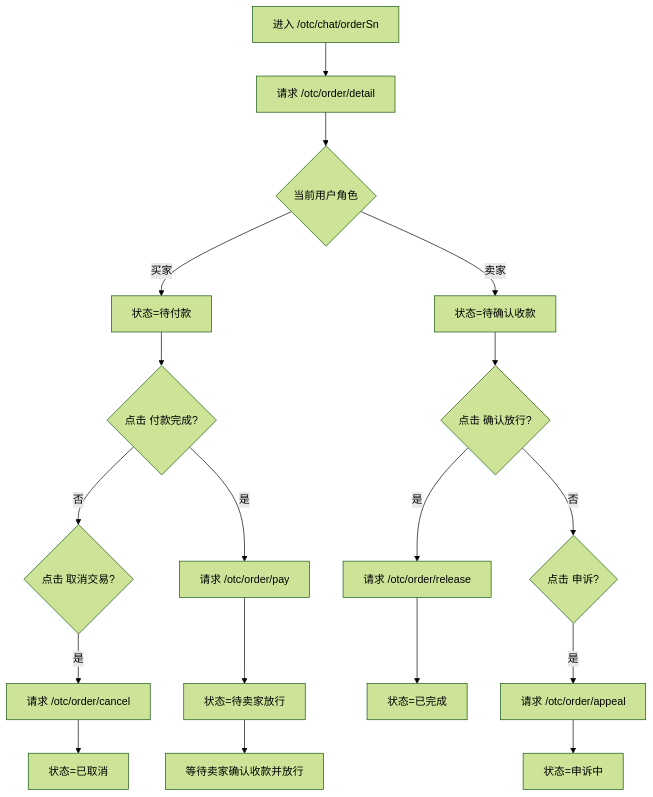
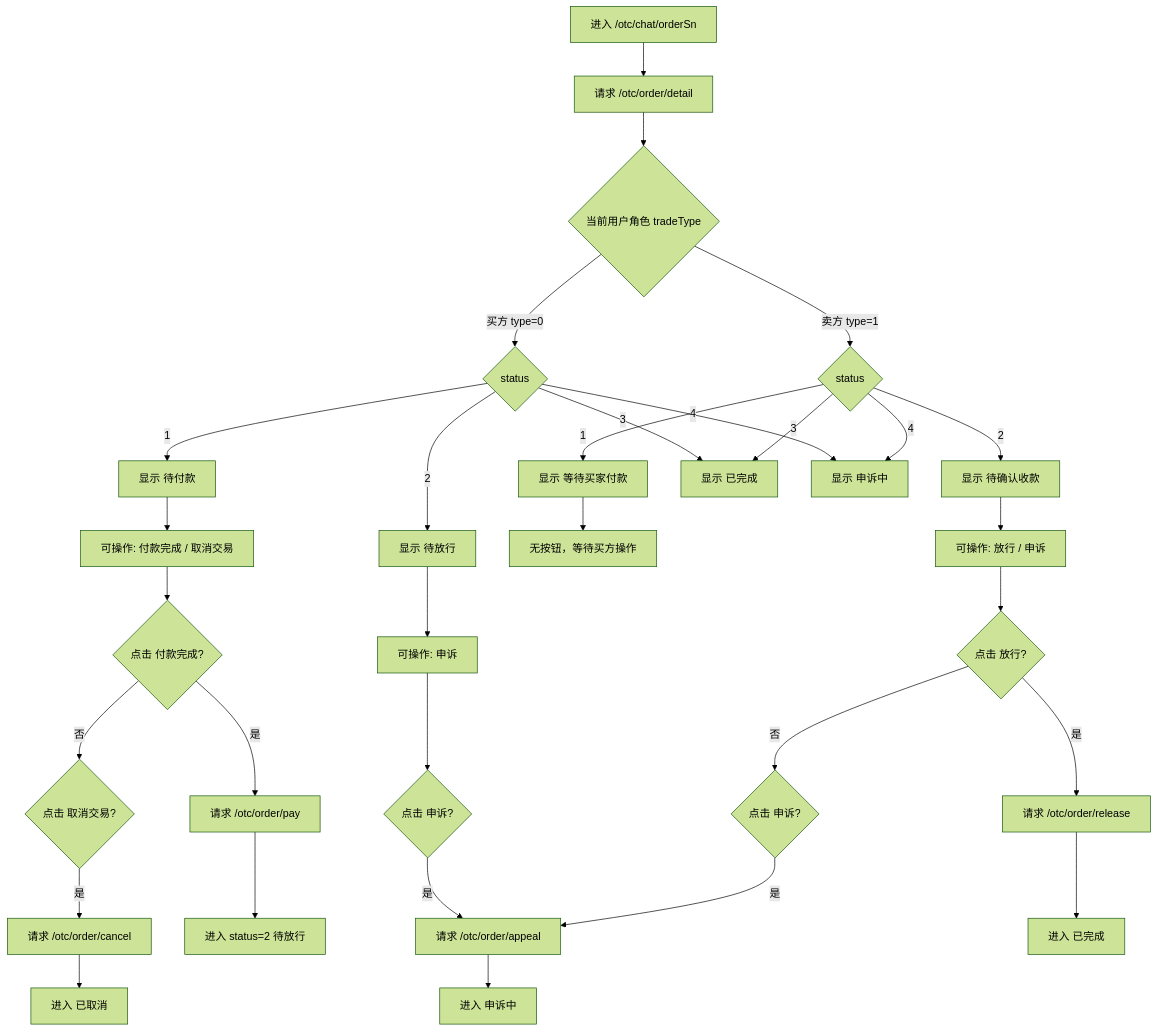
Before and after one commit to ethan2737/mscoin: the fourth of 5 diagrams in OTC业务流程梳理.md, drawn with Mermaid (forest theme). The commit also changed other lines of this file, not shown here.

````diff
--- a/OTC业务流程梳理.md
+++ b/OTC业务流程梳理.md
@@ -161,20 +196,37 @@
 ```mermaid
 flowchart TD
     A[进入 /otc/chat/orderSn] --> B[请求 /otc/order/detail]
-    B --> C{当前用户角色}
-    C -- 买家 --> D[状态=待付款]
-    D --> E{点击 付款完成?}
-    E -- 否 --> F{点击 取消交易?}
-    E -- 是 --> G[请求 /otc/order/pay]
-    G --> H[状态=待卖家放行]
-    H --> I[等待卖家确认收款并放行]
-    F -- 是 --> J[请求 /otc/order/cancel]
-    J --> K[状态=已取消]
-    C -- 卖家 --> L[状态=待确认收款]
-    L --> M{点击 确认放行?}
-    M -- 是 --> N[请求 /otc/order/release]
-    N --> O[状态=已完成]
-    M -- 否 --> P{点击 申诉?}
+    B --> C{当前用户角色 tradeType}
+    C -- 买方 type=0 --> D{status}
+    C -- 卖方 type=1 --> E{status}
+
+    D -- 1 --> F[显示 待付款]
+    F --> G[可操作: 付款完成 / 取消交易]
+    G --> H{点击 付款完成?}
+    H -- 是 --> I[请求 /otc/order/pay]
+    H -- 否 --> J{点击 取消交易?}
+    J -- 是 --> K[请求 /otc/order/cancel]
+    I --> L[进入 status=2 待放行]
+    K --> M[进入 已取消]
+
+    D -- 2 --> N[显示 待放行]
+    N --> O[可操作: 申诉]
+    O --> P{点击 申诉?}
     P -- 是 --> Q[请求 /otc/order/appeal]
-    Q --> R[状态=申诉中]
+    Q --> R[进入 申诉中]
+
+    E -- 1 --> S[显示 等待买家付款]
+    S --> T[无按钮，等待买方操作]
+    E -- 2 --> U[显示 待确认收款]
+    U --> V[可操作: 放行 / 申诉]
+    V --> W{点击 放行?}
+    W -- 是 --> X[请求 /otc/order/release]
+    X --> Y[进入 已完成]
+    W -- 否 --> Z{点击 申诉?}
+    Z -- 是 --> Q
+
+    D -- 3 --> AA[显示 已完成]
+    E -- 3 --> AA
+    D -- 4 --> AB[显示 申诉中]
+    E -- 4 --> AB
 ```
````
